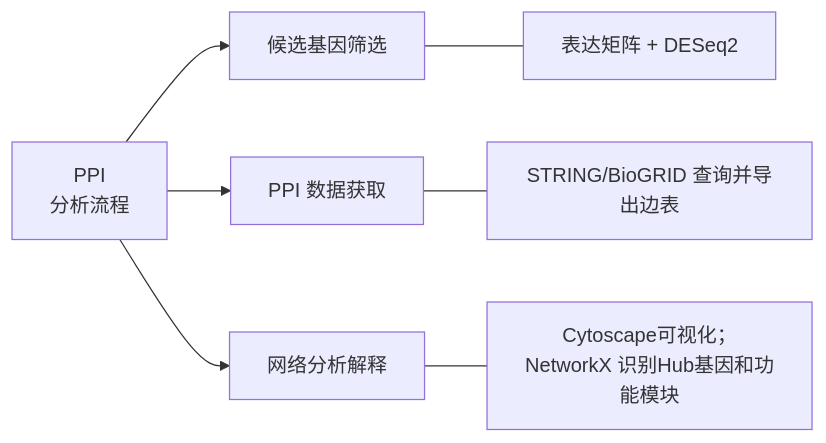
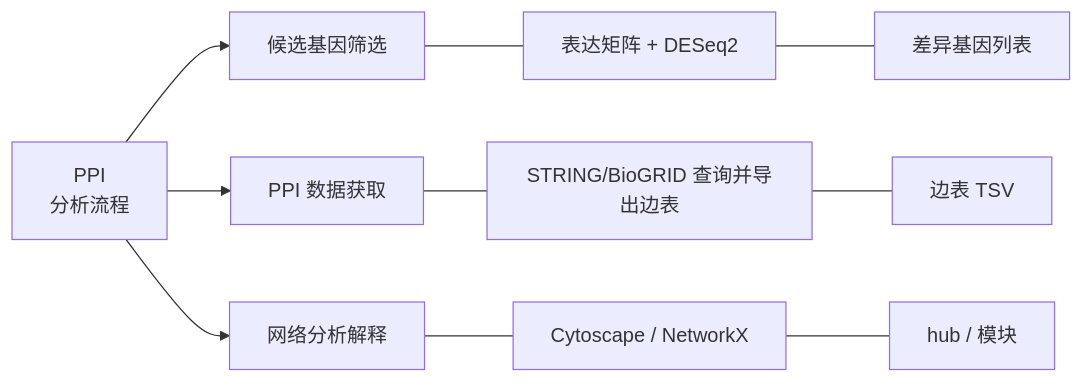
The diagram in example.md (Lilong-Dong-Lab/slidev-theme-hebmu), drawn with Mermaid before and after one commit. The commit also changed 3 other files, not shown here.

First line of the commit message:
feat: Mermaid purple-to-grey node hierarchy

````diff
--- a/example.md
+++ b/example.md
@@ -239,11 +239,15 @@
-```mermaid {scale: 0.50}
+```mermaid {scale: 0.78}
 flowchart LR
     Root["PPI<br/>分析流程"]:::hebmuRoot
     Root --> Filter["候选基因筛选"]:::hebmuPill
     Root --> Query["PPI 数据获取"]:::hebmuPill
     Root --> Analyze["网络分析解释"]:::hebmuPill
 
     Filter --- FilterNote["表达矩阵 + DESeq2"]:::hebmuNote
     Query --- QueryNote["STRING/BioGRID 查询并导出边表"]:::hebmuNote
-    Analyze --- AnalyzeNote["Cytoscape可视化；NetworkX 识别Hub基因和功能模块"]:::hebmuNote
+    Analyze --- AnalyzeNote["Cytoscape / NetworkX"]:::hebmuNote
+
+    FilterNote --- FilterOut["差异基因列表"]:::hebmuMuted
+    QueryNote --- QueryOut["边表 TSV"]:::hebmuMuted
+    AnalyzeNote --- AnalyzeOut["hub / 模块"]:::hebmuMuted
 ```
````
